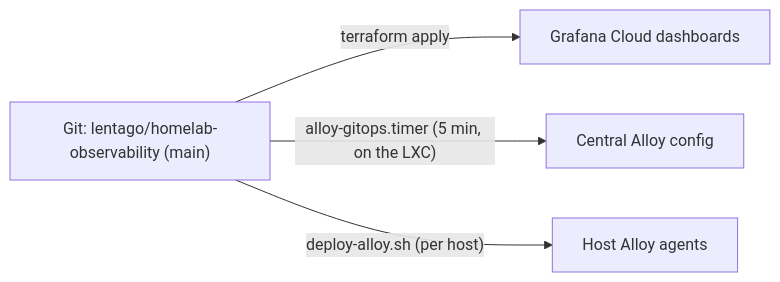
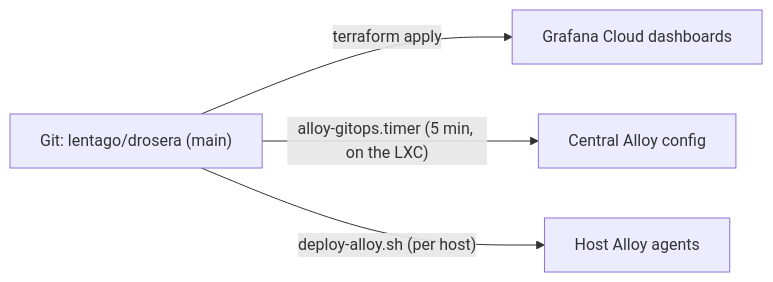
Before and after one commit to lentago/homelab-observability: the second of 2 diagrams in docs/metrics-flow.md, drawn with Mermaid. The commit also changed 9 other files, not shown here.

Commit message:
Rebrand repo to Drosera — Lentago Labs observability suite (#128)

````diff
--- a/docs/metrics-flow.md
+++ b/docs/metrics-flow.md
@@ -105,7 +105,7 @@
 ```mermaid
 flowchart LR
-  repo["Git: lentago/homelab-observability (main)"]
+  repo["Git: lentago/drosera (main)"]
   repo -- "terraform apply" --> dash["Grafana Cloud dashboards"]
   repo -- "alloy-gitops.timer (5 min, on the LXC)" --> central["Central Alloy config"]
   repo -- "deploy-alloy.sh (per host)" --> agents["Host Alloy agents"]
 ```
````
